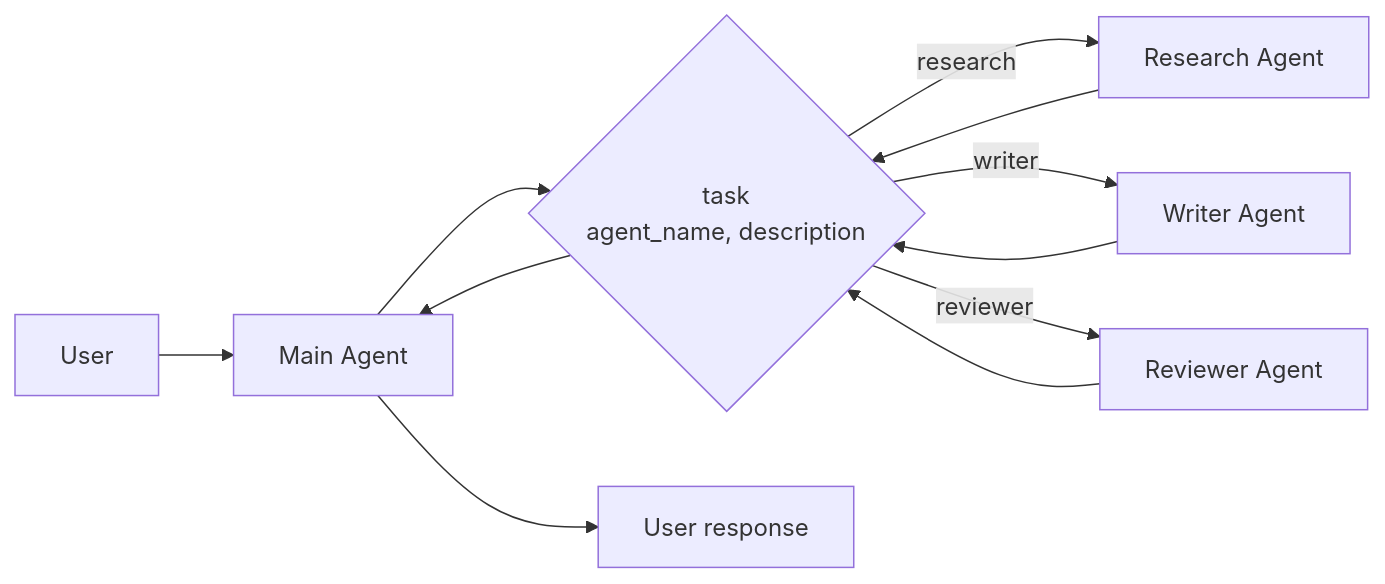
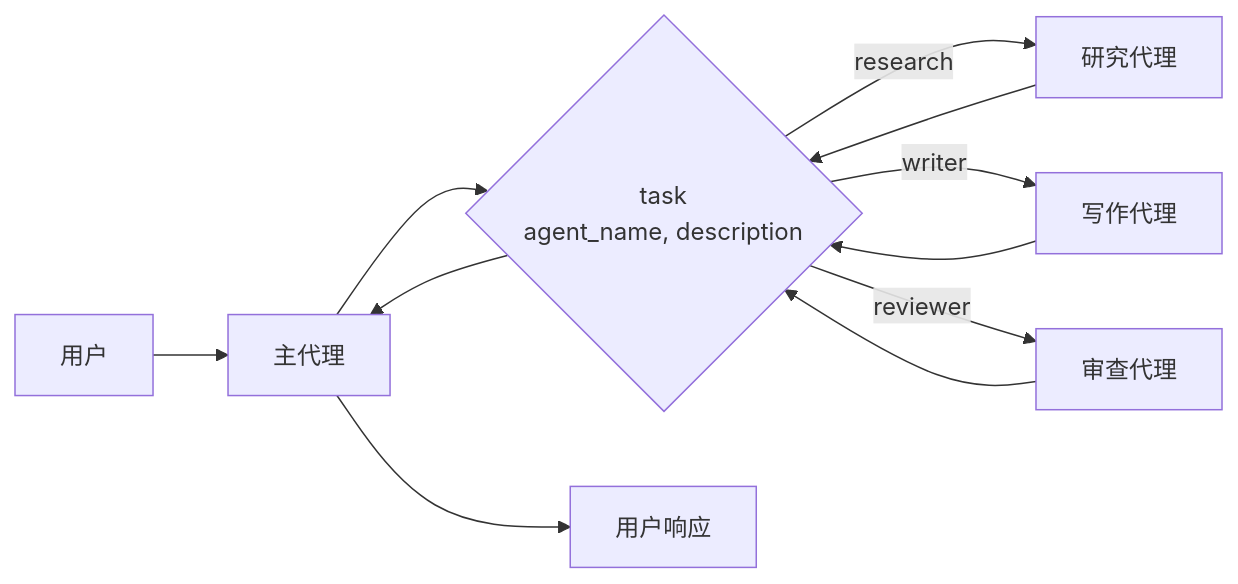
Before and after one commit to kunfan96/cndocs-langchain: the fifth of 5 diagrams in oss/python/langchain/multi-agent/subagents.mdx, drawn with Mermaid. The commit also changed other lines of this file and 1450 other files, not shown here.

````diff
--- a/oss/python/langchain/multi-agent/subagents.mdx
+++ b/oss/python/langchain/multi-agent/subagents.mdx
@@ -220,13 +220,13 @@
 ```mermaid
 graph LR
-    A[User] --> B[Main Agent]
+    A[用户] --> B[主代理]
     B --> C{task<br/>agent_name, description}
-    C -->|research| D[Research Agent]
-    C -->|writer| E[Writer Agent]
-    C -->|reviewer| F[Reviewer Agent]
+    C -->|research| D[研究代理]
+    C -->|writer| E[写作代理]
+    C -->|reviewer| F[审查代理]
     D --> C
     E --> C
     F --> C
     C --> B
-    B --> G[User response]
+    B --> G[用户响应]
 ```
````
